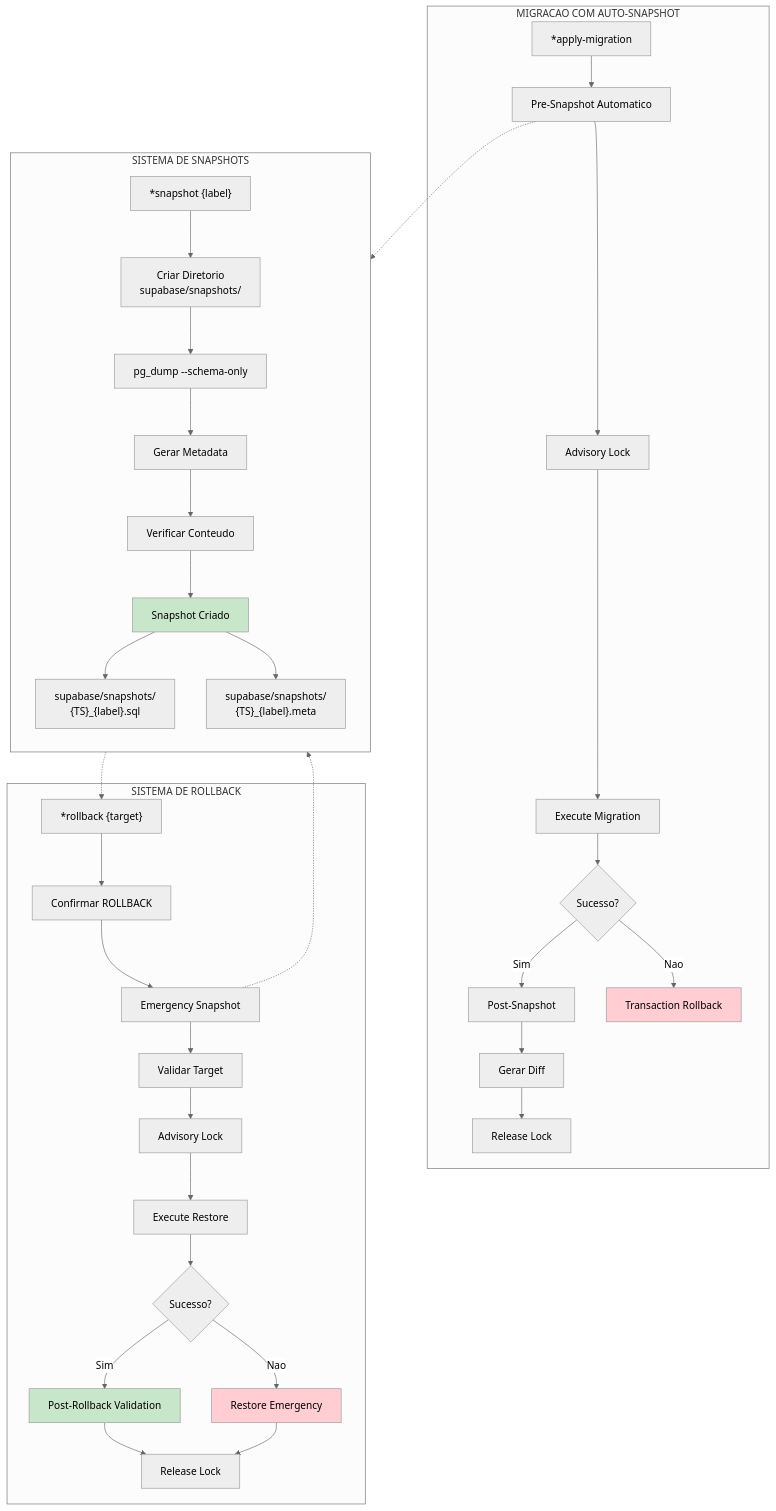
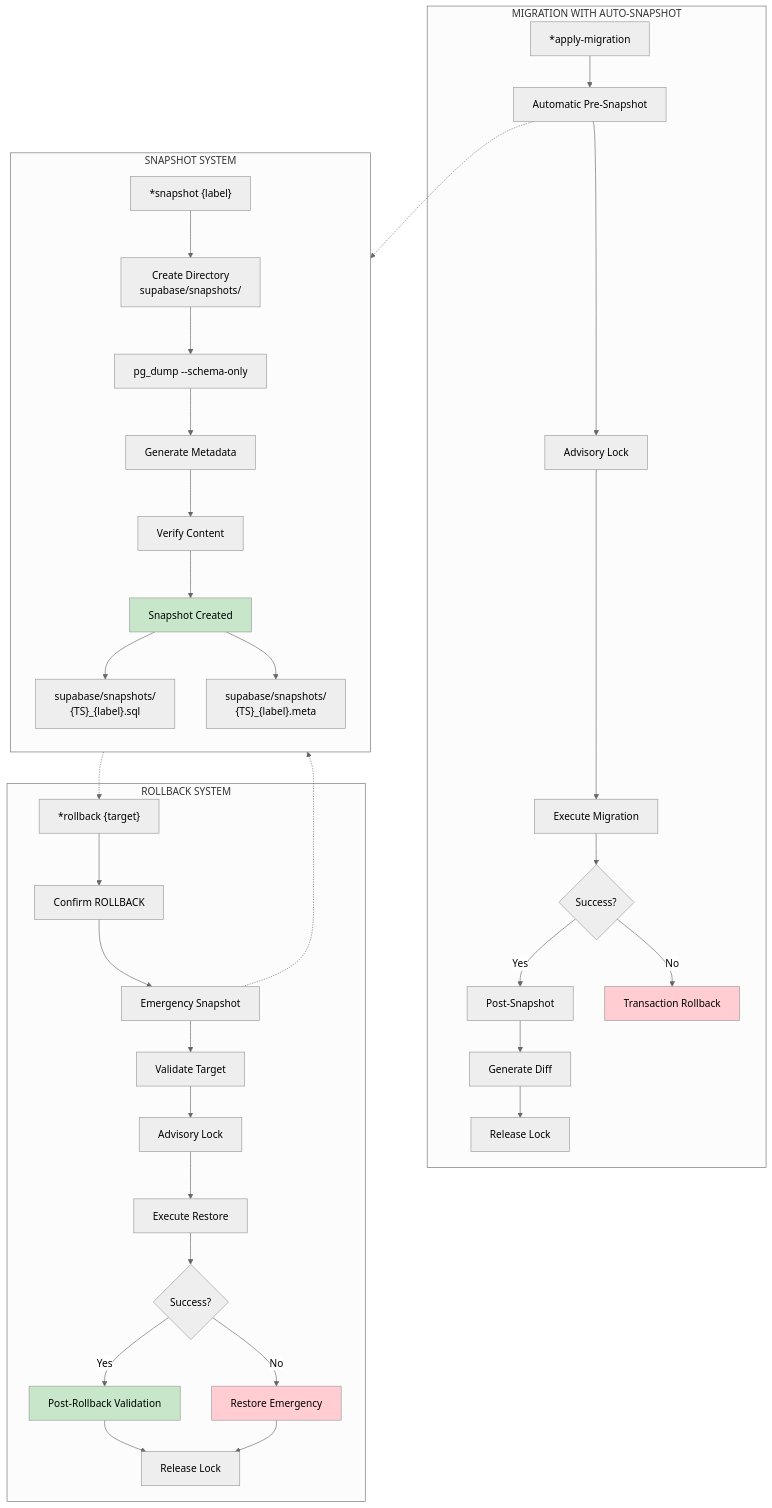
One commit to CyryxLabs/AEXOS changed the fourth of 5 diagrams in docs/aexos-agent-flows/data-engineer-system.md. Above: the diagram before and after it, drawn with Mermaid (neutral theme). The commit also changed other lines of this file and 528 other files, not shown here.

````diff
--- a/docs/aexos-agent-flows/data-engineer-system.md
+++ b/docs/aexos-agent-flows/data-engineer-system.md
@@ -331,52 +331,52 @@
 ```mermaid
 flowchart TB
-    subgraph SNAPSHOT["SISTEMA DE SNAPSHOTS"]
+    subgraph SNAPSHOT["SNAPSHOT SYSTEM"]
         direction TB
 
-        A["*snapshot {label}"] --> B["Criar Diretorio<br/>supabase/snapshots/"]
+        A["*snapshot {label}"] --> B["Create Directory<br/>supabase/snapshots/"]
         B --> C["pg_dump --schema-only"]
-        C --> D["Gerar Metadata"]
-        D --> E["Verificar Conteudo"]
-        E --> F["Snapshot Criado"]
+        C --> D["Generate Metadata"]
+        D --> E["Verify Content"]
+        E --> F["Snapshot Created"]
 
         F --> G["supabase/snapshots/<br/>{TS}_{label}.sql"]
         F --> H["supabase/snapshots/<br/>{TS}_{label}.meta"]
     end
 
-    subgraph MIGRATION["MIGRACAO COM AUTO-SNAPSHOT"]
-        I["*apply-migration"] --> J["Pre-Snapshot Automatico"]
+    subgraph MIGRATION["MIGRATION WITH AUTO-SNAPSHOT"]
+        I["*apply-migration"] --> J["Automatic Pre-Snapshot"]
         J --> K["Advisory Lock"]
         K --> L["Execute Migration"]
-        L --> M{"Sucesso?"}
+        L --> M{"Success?"}
 
-        M -->|"Sim"| N["Post-Snapshot"]
-        M -->|"Nao"| O["Transaction Rollback"]
+        M -->|"Yes"| N["Post-Snapshot"]
+        M -->|"No"| O["Transaction Rollback"]
 
-        N --> P["Gerar Diff"]
+        N --> P["Generate Diff"]
         P --> Q["Release Lock"]
     end
 
-    subgraph ROLLBACK["SISTEMA DE ROLLBACK"]
-        R["*rollback {target}"] --> S["Confirmar ROLLBACK"]
+    subgraph ROLLBACK["ROLLBACK SYSTEM"]
+        R["*rollback {target}"] --> S["Confirm ROLLBACK"]
         S --> T["Emergency Snapshot"]
-        T --> U["Validar Target"]
+        T --> U["Validate Target"]
         U --> V["Advisory Lock"]
         V --> W["Execute Restore"]
 
-        W --> X{"Sucesso?"}
-        X -->|"Sim"| Y["Post-Rollback Validation"]
-        X -->|"Nao"| Z["Restore Emergency"]
+        W --> X{"Success?"}
+        X -->|"Yes"| Y["Post-Rollback Validation"]
+        X -->|"No"| Z["Restore Emergency"]
 
         Y --> AA["Release Lock"]
         Z --> AA
     end
 
     F -.-> R
     J -.-> G
     T -.-> G
 
     style F fill:#c8e6c9
     style O fill:#ffcdd2
     style Z fill:#ffcdd2
     style Y fill:#c8e6c9
 ```
````
